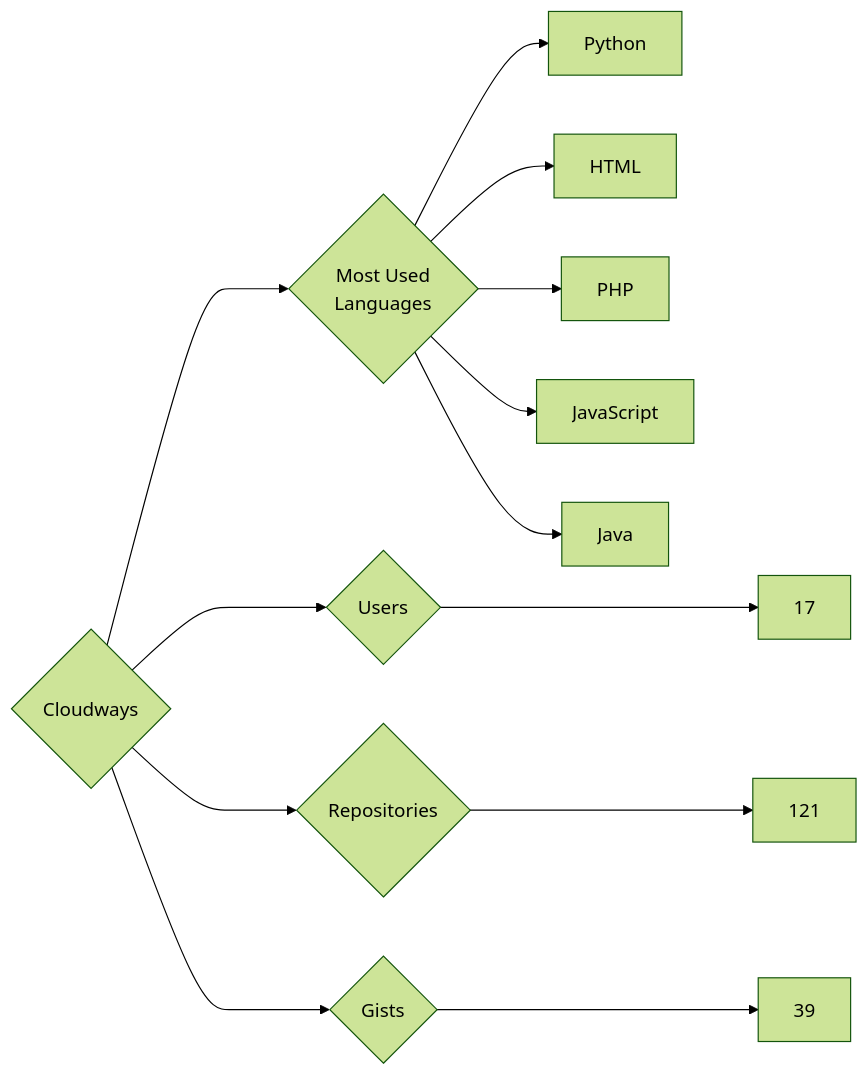
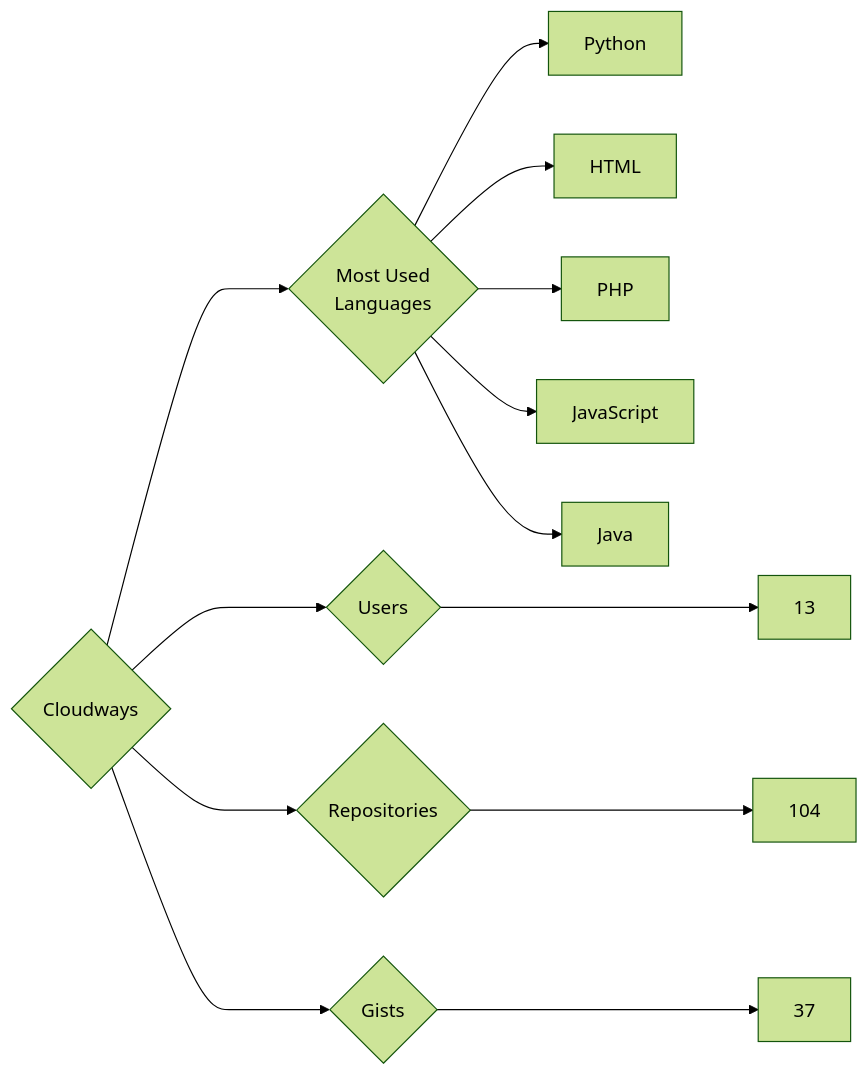
One commit to trickest/insiders changed the diagram in targets/Cloudways/README.md. Above: the diagram before and after it, drawn with Mermaid (forest theme). The commit also changed 1195 other files, not shown here.

````diff
--- a/targets/Cloudways/README.md
+++ b/targets/Cloudways/README.md
@@ -3,13 +3,13 @@
 ```mermaid
 graph LR
 COMPANY_NAME{Cloudways}
-COMPANY_NAME ---> U{Users} ---> UN[17]
-COMPANY_NAME ---> R{Repositories} ---> RN[121]
-COMPANY_NAME ---> G{Gists} ---> GN[39]
+COMPANY_NAME ---> U{Users} ---> UN[13]
+COMPANY_NAME ---> R{Repositories} ---> RN[104]
+COMPANY_NAME ---> G{Gists} ---> GN[37]
 COMPANY_NAME ---> ML{Most Used<br>Languages}
 ML --> Python[Python]
 ML --> HTML[HTML]
 ML --> PHP[PHP]
 ML --> JavaScript[JavaScript]
 ML --> Java[Java]
 ```
````
